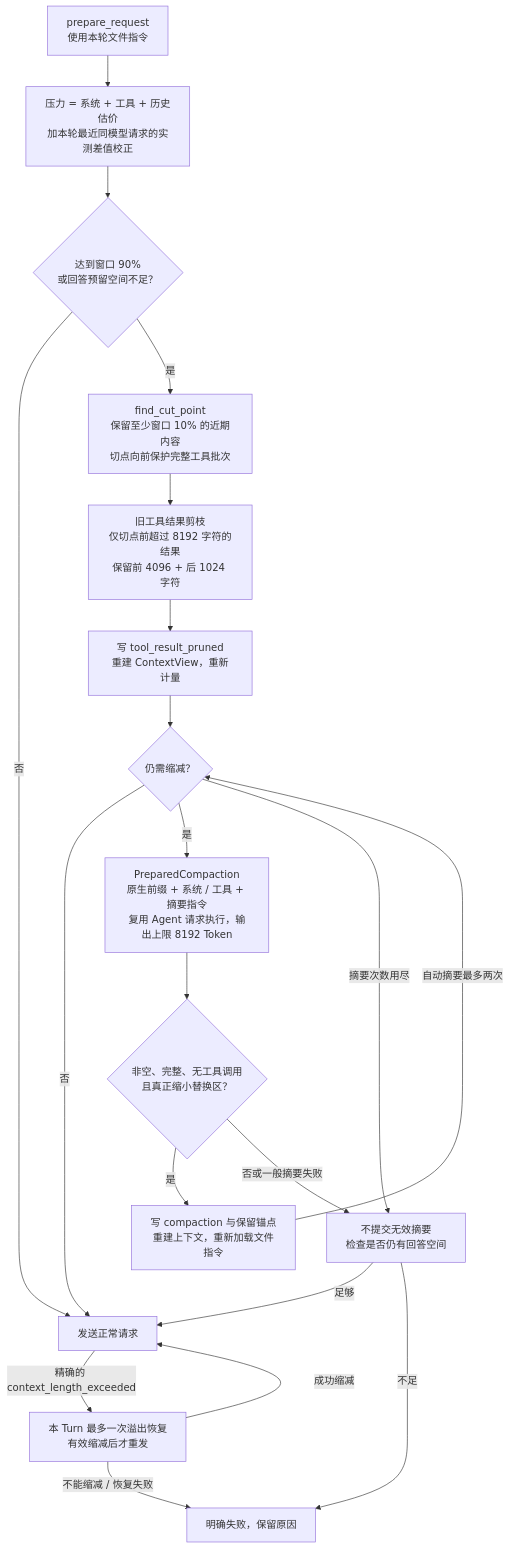
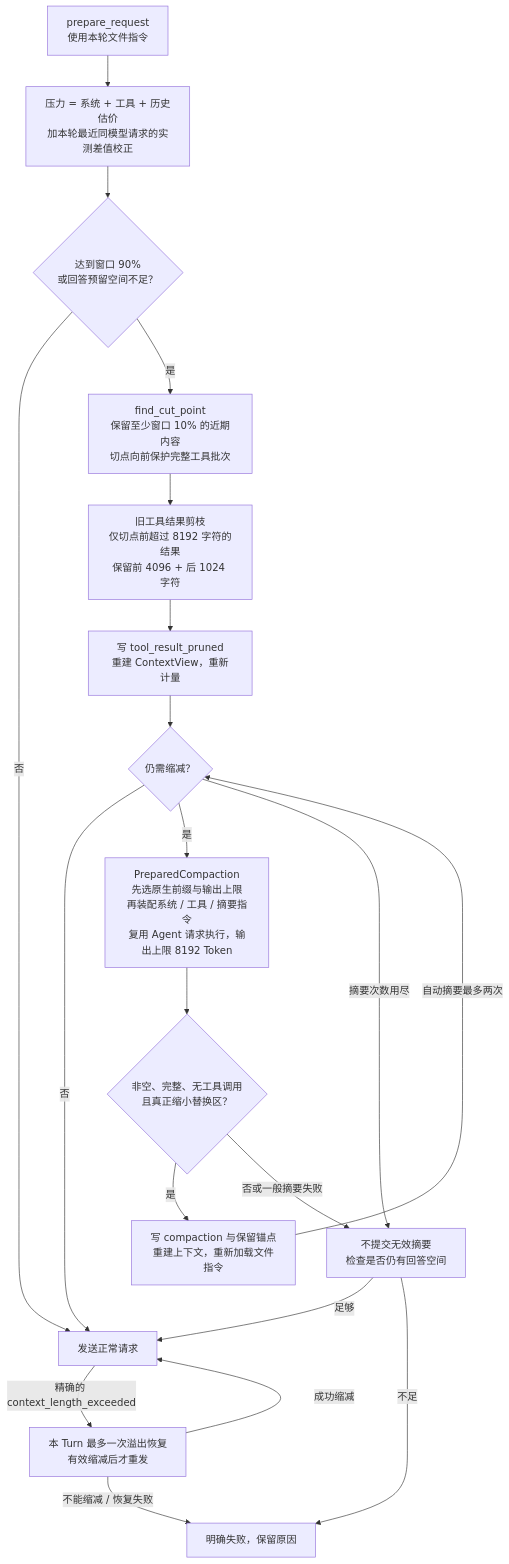
Diagram 23 of 29 in docs/singularity.md (qjcnmd/singularity-agent), drawn with Mermaid before and after one commit. The commit also changed other lines of this file and 27 other files, not shown here.

````diff
--- a/docs/singularity.md
+++ b/docs/singularity.md
@@ -603,22 +603,22 @@
 ```mermaid
 flowchart TB
     Start["prepare_request<br/>使用本轮文件指令"] --> Estimate["压力 = 系统 + 工具 + 历史估价<br/>加本轮最近同模型请求的实测差值校正"]
     Estimate --> Pressure{"达到窗口 90%<br/>或回答预留空间不足？"}
     Pressure -->|"否"| Send["发送正常请求"]
     Pressure -->|"是"| Cut["find_cut_point<br/>保留至少窗口 10% 的近期内容<br/>切点向前保护完整工具批次"]
     Cut --> Prune["旧工具结果剪枝<br/>仅切点前超过 8192 字符的结果<br/>保留前 4096 + 后 1024 字符"]
     Prune --> Measure["写 tool_result_pruned<br/>重建 ContextView，重新计量"]
     Measure --> Need{"仍需缩减？"}
     Need -->|"否"| Send
-    Need -->|"是"| Summary["PreparedCompaction<br/>原生前缀 + 系统 / 工具 + 摘要指令<br/>复用 Agent 请求执行，输出上限 8192 Token"]
+    Need -->|"是"| Summary["PreparedCompaction<br/>先选原生前缀与输出上限<br/>再装配系统 / 工具 / 摘要指令<br/>复用 Agent 请求执行，输出上限 8192 Token"]
     Summary --> Valid{"非空、完整、无工具调用<br/>且真正缩小替换区？"}
     Valid -->|"是"| Commit["写 compaction 与保留锚点<br/>重建上下文，重新加载文件指令"]
     Commit -->|"自动摘要最多两次"| Need
     Valid -->|"否或一般摘要失败"| Room["不提交无效摘要<br/>检查是否仍有回答空间"]
     Room -->|"足够"| Send
     Room -->|"不足"| Error["明确失败，保留原因"]
     Need -->|"摘要次数用尽"| Room
     Send -->|"精确的 context_length_exceeded"| Forced["本 Turn 最多一次溢出恢复<br/>有效缩减后才重发"]
     Forced -->|"成功缩减"| Send
     Forced -->|"不能缩减 / 恢复失败"| Error
 ```
````
